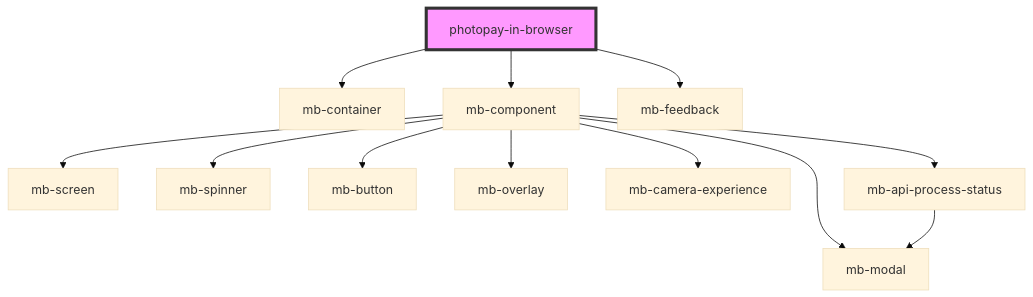
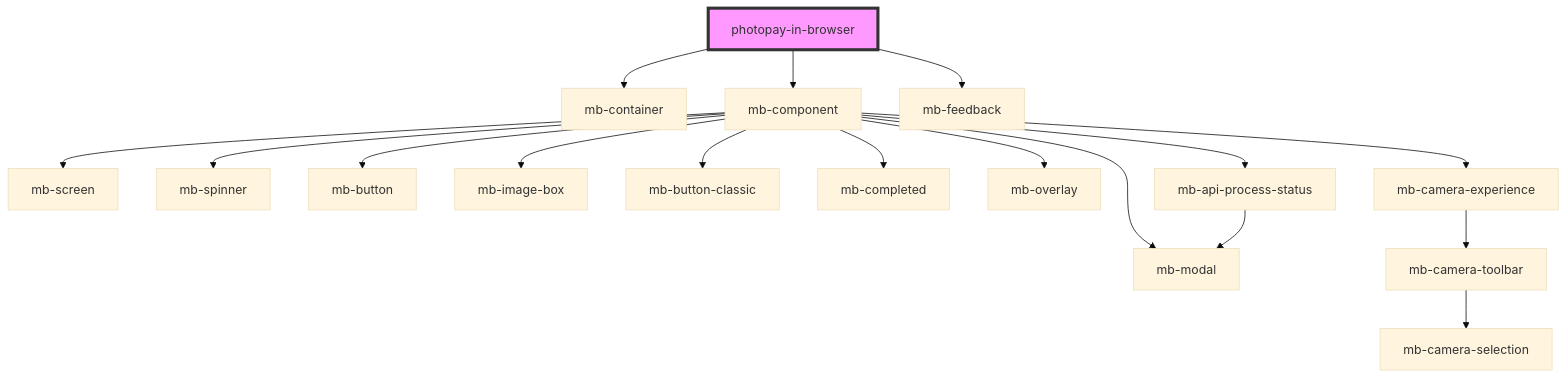
The diagram in ui/docs/components/photopay-in-browser/readme.md (PhotoPay/photopay-in-browser), drawn with Mermaid (base theme) before and after one commit. The commit also changed other lines of this file and 91 other files, not shown here.

````diff
--- a/ui/docs/components/photopay-in-browser/readme.md
+++ b/ui/docs/components/photopay-in-browser/readme.md
@@ -93,15 +97,20 @@
 ```mermaid
 graph TD;
   photopay-in-browser --> mb-container
   photopay-in-browser --> mb-component
   photopay-in-browser --> mb-feedback
   mb-component --> mb-screen
   mb-component --> mb-spinner
   mb-component --> mb-button
+  mb-component --> mb-image-box
+  mb-component --> mb-button-classic
+  mb-component --> mb-completed
   mb-component --> mb-overlay
   mb-component --> mb-modal
   mb-component --> mb-camera-experience
   mb-component --> mb-api-process-status
+  mb-camera-experience --> mb-camera-toolbar
+  mb-camera-toolbar --> mb-camera-selection
   mb-api-process-status --> mb-modal
   style photopay-in-browser fill:#f9f,stroke:#333,stroke-width:4px
 ```
````
